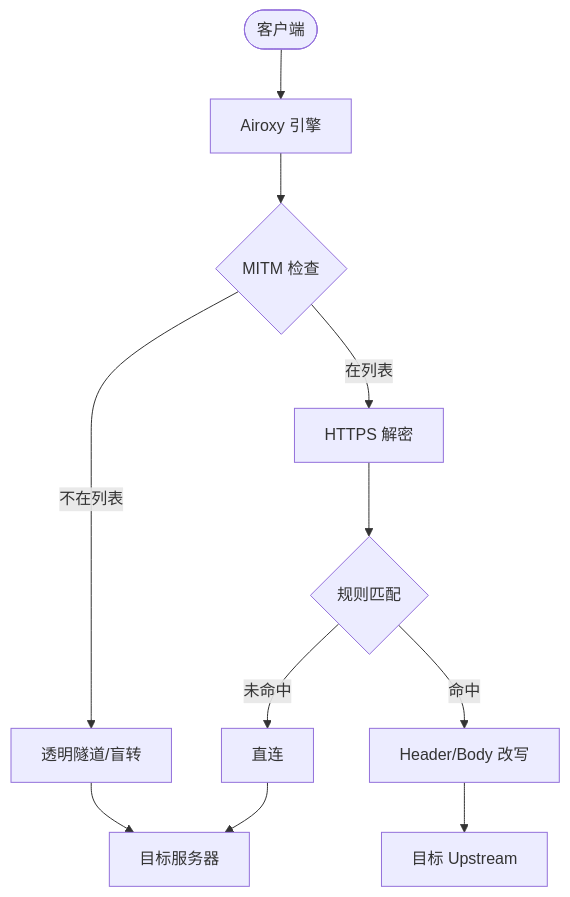
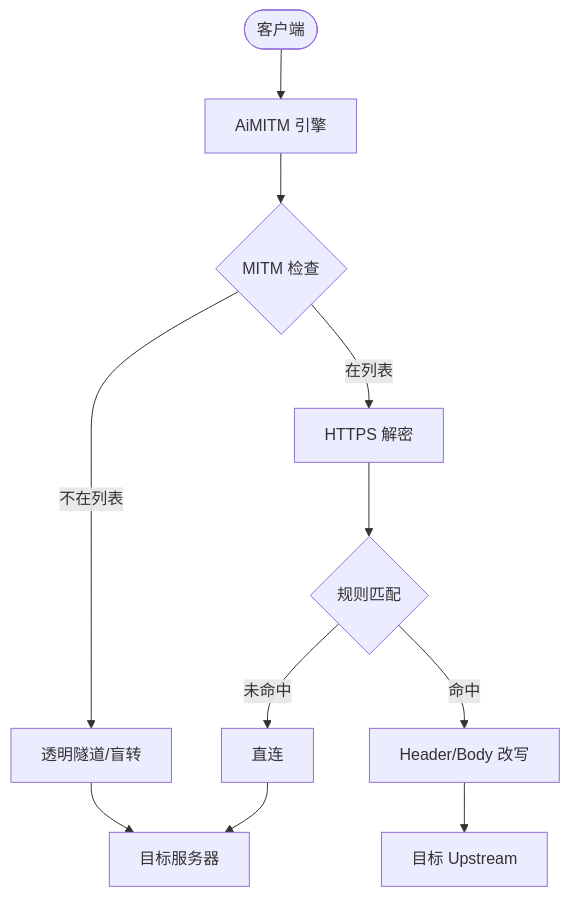
The diagram in README.md (qian9008/AIMITM), drawn with Mermaid before and after one commit. The commit also changed other lines of this file and 2 other files, not shown here.

````diff
--- a/README.md
+++ b/README.md
@@ -21,15 +21,15 @@
 ```mermaid
 graph TD
-    Client([客户端]) --> Proxy[Airoxy 引擎]
+    Client([客户端]) --> Proxy[AiMITM 引擎]
     Proxy --> MITM{MITM 检查}
     MITM -- 不在列表 --> Tunnel[透明隧道/盲转]
     MITM -- 在列表 --> Decrypt[HTTPS 解密]
     
     Decrypt --> Match{规则匹配}
     Match -- 命中 --> Modify[Header/Body 改写]
     Match -- 未命中 --> Direct[直连]
     
     Modify --> Upstream[目标 Upstream]
     Tunnel --> Remote[目标服务器]
     Direct --> Remote
 ```
````
